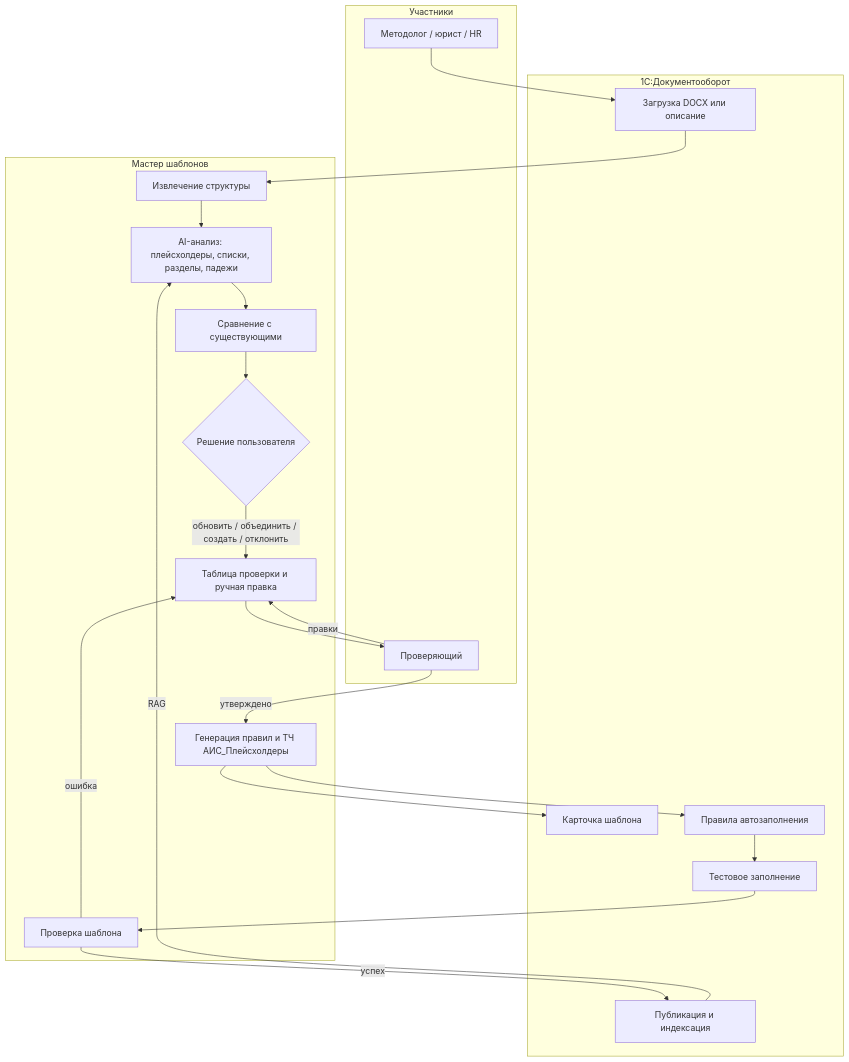
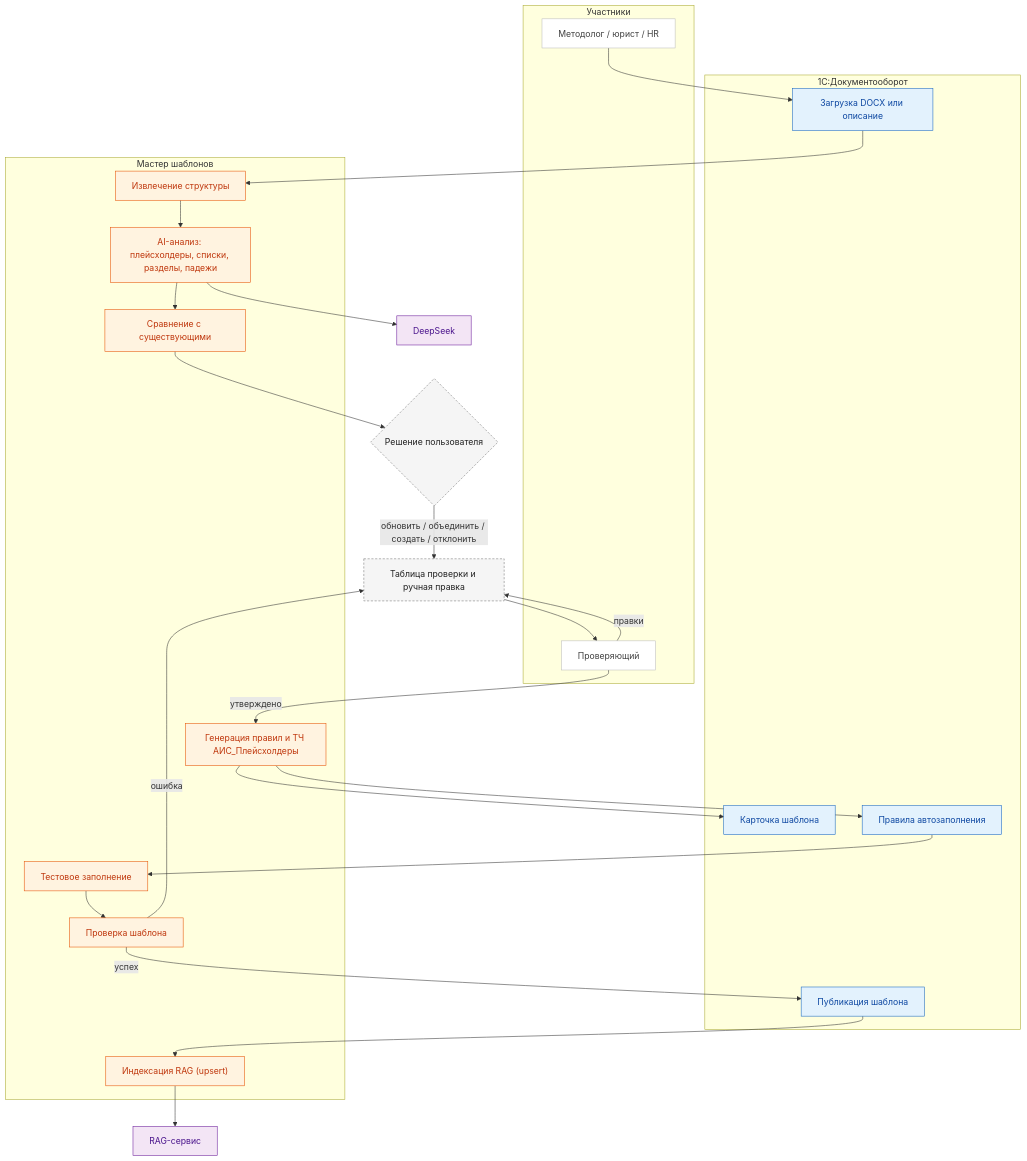
Before and after one commit to igorvolk1961/ai_scrivener: diagram 14 of 16 in docs/process-diagrams.md, drawn with Mermaid. The commit also changed other lines of this file and 16 other files, not shown here.

First line of the commit message:
Reorganize docs, add C4 model and color process diagrams

````diff
--- a/docs/process-diagrams.md
+++ b/docs/process-diagrams.md
@@ -421,34 +540,48 @@
 ```mermaid
 flowchart TD
   subgraph P9["Участники"]
     METHOD2["Методолог / юрист / HR"]
     REVIEW["Проверяющий"]
   end
   subgraph B9["1С:Документооборот"]
     UPLOAD["Загрузка DOCX или описание"]
     CARD2["Карточка шаблона"]
     RULES2["Правила автозаполнения"]
-    TEST2["Тестовое заполнение"]
-    PUB2["Публикация и индексация"]
+    PUBLISH["Публикация шаблона"]
   end
   subgraph M9["Мастер шаблонов"]
     EXTRACT["Извлечение структуры"]
     AI["AI-анализ: плейсхолдеры, списки, разделы, падежи"]
     COMPARE["Сравнение с существующими"]
-    DECIDE{"Решение пользователя"}
-    TABLE["Таблица проверки и ручная правка"]
     GEN["Генерация правил и ТЧ АИС_Плейсхолдеры"]
+    TEST2["Тестовое заполнение"]
     VALID["Проверка шаблона"]
+    INDEX["Индексация RAG (upsert)"]
   end
+  DECIDE{"Решение пользователя"}
+  TABLE["Таблица проверки и ручная правка"]
+  LLM["DeepSeek"]
+  RAG["RAG-сервис"]
   METHOD2 --> UPLOAD --> EXTRACT --> AI --> COMPARE --> DECIDE
   DECIDE -->|"обновить / объединить / создать / отклонить"| TABLE
   TABLE --> REVIEW
   REVIEW -->|"правки"| TABLE
   REVIEW -->|"утверждено"| GEN
   GEN --> CARD2
   GEN --> RULES2
   RULES2 --> TEST2 --> VALID
   VALID -->|"ошибка"| TABLE
-  VALID -->|"успех"| PUB2
-  PUB2 -->|"RAG"| AI
+  VALID -->|"успех"| PUBLISH --> INDEX
+  INDEX --> RAG
+  AI --> LLM
+  classDef base fill:#E3F2FD,stroke:#1565C0,color:#0D47A1
+  classDef ext fill:#FFF3E0,stroke:#E65100,color:#BF360C
+  classDef manual fill:#F5F5F5,stroke:#757575,color:#212121,stroke-dasharray: 4 3
+  classDef ai fill:#F3E5F5,stroke:#6A1B9A,color:#4A148C
+  classDef actor fill:#FFFFFF,stroke:#BDBDBD,color:#424242
+  class METHOD2,REVIEW actor
+  class UPLOAD,CARD2,RULES2,PUBLISH base
+  class EXTRACT,AI,COMPARE,GEN,TEST2,VALID,INDEX ext
+  class DECIDE,TABLE manual
+  class LLM,RAG ai
 ```
````
